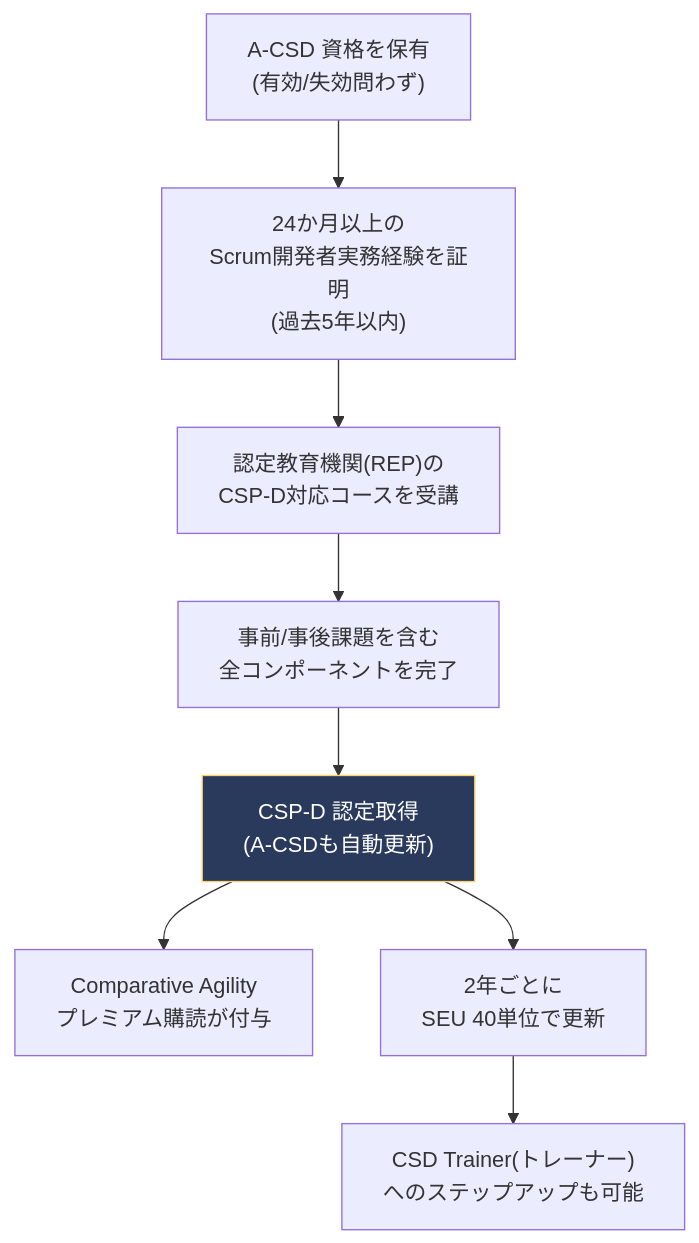
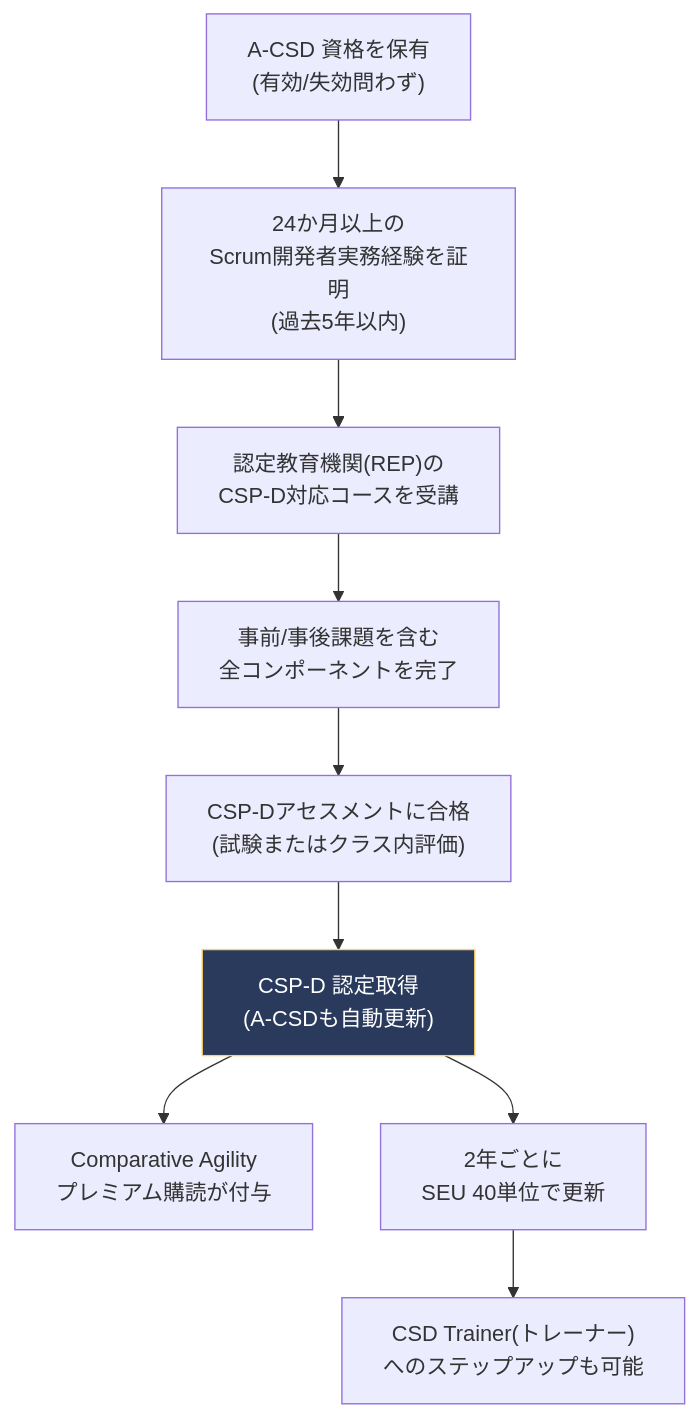
The second of 17 diagrams in Csp-d-certified-scrum-professional-developer-study-guide.md (myoshi2891/Management-Team-Building-Studies), drawn with Mermaid before and after one commit. The commit also changed other lines of this file and 4 other files, not shown here.

````diff
--- a/Csp-d-certified-scrum-professional-developer-study-guide.md
+++ b/Csp-d-certified-scrum-professional-developer-study-guide.md
@@ -100,12 +101,13 @@
 ```mermaid
 flowchart TB
     A["A-CSD 資格を保有<br/>(有効/失効問わず)"] --> B["24か月以上の<br/>Scrum開発者実務経験を証明<br/>(過去5年以内)"]
     B --> C["認定教育機関(REP)の<br/>CSP-D対応コースを受講"]
     C --> D["事前/事後課題を含む<br/>全コンポーネントを完了"]
-    D --> E["CSP-D 認定取得<br/>(A-CSDも自動更新)"]
+    D --> D2["CSP-Dアセスメントに合格<br/>(試験またはクラス内評価)"]
+    D2 --> E["CSP-D 認定取得<br/>(A-CSDも自動更新)"]
     E --> F["Comparative Agility<br/>プレミアム購読が付与"]
     E --> G["2年ごとに<br/>SEU 40単位で更新"]
     G --> H["CSD Trainer(トレーナー)<br/>へのステップアップも可能"]
 
     style E fill:#2a3a5c,stroke:#ffd166,color:#ffffff
 ```
````
